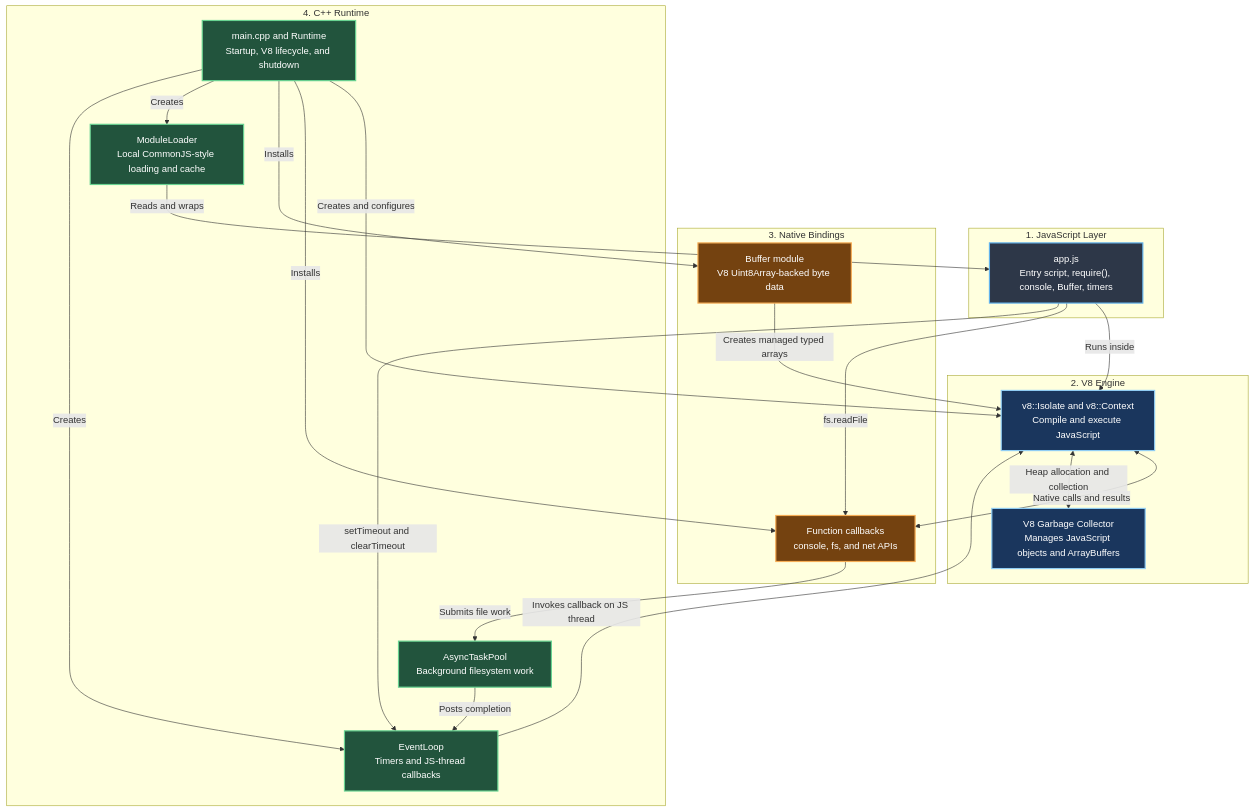
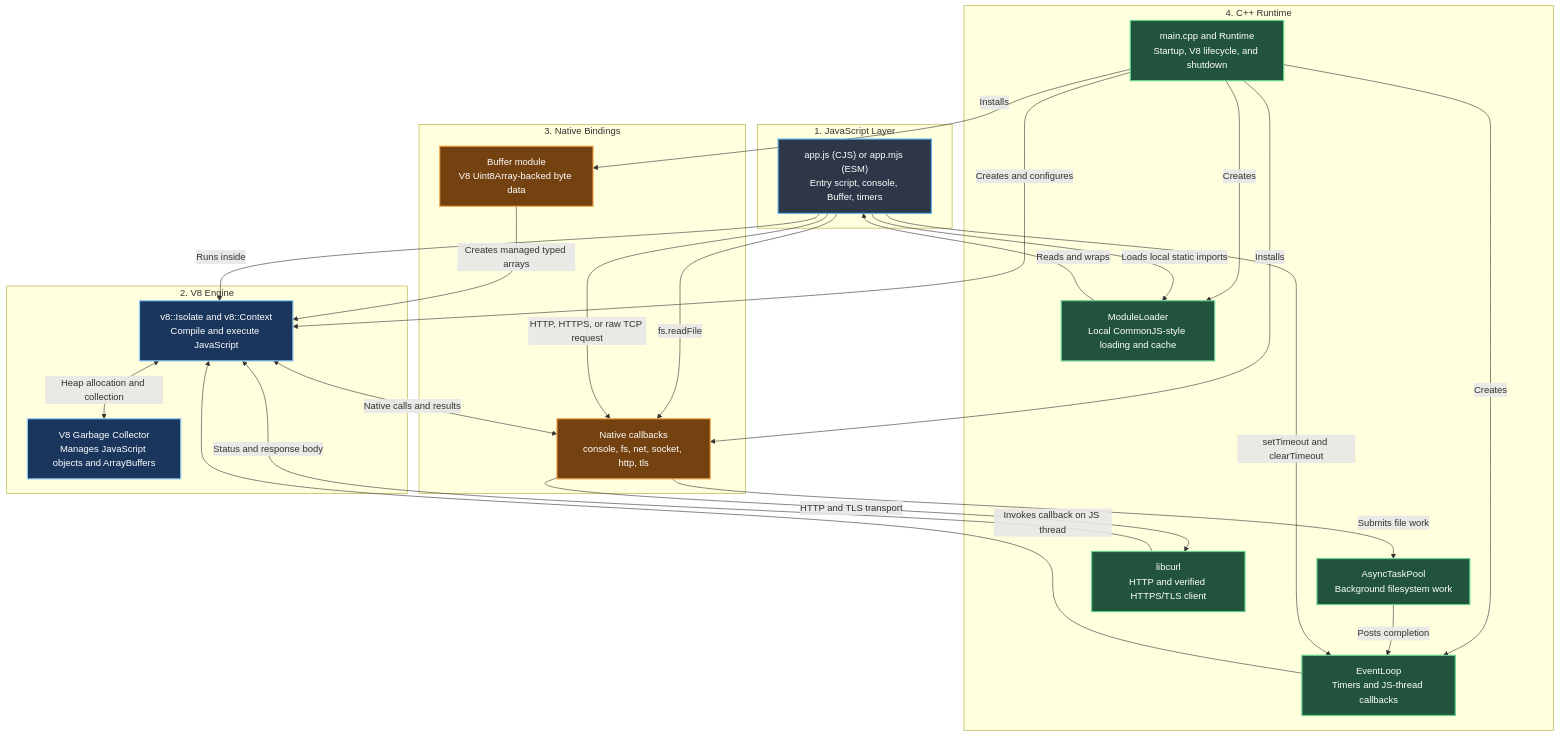
Before and after one commit to sardorazimov/javascript-runtime_hobby: the diagram in README.MD, drawn with Mermaid. The commit also changed other lines of this file and 23 other files, not shown here.

````diff
--- a/README.MD
+++ b/README.MD
@@ -35,44 +35,49 @@
 ```mermaid
 flowchart TD
 classDef jsLayer fill:#2d3748,stroke:#63b3ed,stroke-width:2px,color:#fff;
 classDef v8Layer fill:#1a365d,stroke:#90cdf4,stroke-width:2px,color:#fff;
 classDef bridgeLayer fill:#744210,stroke:#f6ad55,stroke-width:2px,color:#fff;
 classDef cppLayer fill:#22543d,stroke:#68d391,stroke-width:2px,color:#fff;
 
 subgraph JS["1. JavaScript Layer"]
-A["app.js<br/>Entry script, require(), console, Buffer, timers"]:::jsLayer
+A["app.js (CJS) or app.mjs (ESM)<br/>Entry script, console, Buffer, timers"]:::jsLayer
 end
 
 subgraph V8["2. V8 Engine"]
 B["v8::Isolate and v8::Context<br/>Compile and execute JavaScript"]:::v8Layer
 C["V8 Garbage Collector<br/>Manages JavaScript objects and ArrayBuffers"]:::v8Layer
 end
 
 subgraph Bridge["3. Native Bindings"]
-D["Function callbacks<br/>console, fs, and net APIs"]:::bridgeLayer
+D["Native callbacks<br/>console, fs, net, socket, http, tls"]:::bridgeLayer
 E["Buffer module<br/>V8 Uint8Array-backed byte data"]:::bridgeLayer
 end
 
 subgraph Native["4. C++ Runtime"]
 F["main.cpp and Runtime<br/>Startup, V8 lifecycle, and shutdown"]:::cppLayer
 G["ModuleLoader<br/>Local CommonJS-style loading and cache"]:::cppLayer
 H["EventLoop<br/>Timers and JS-thread callbacks"]:::cppLayer
 I["AsyncTaskPool<br/>Background filesystem work"]:::cppLayer
+J["libcurl<br/>HTTP and verified HTTPS/TLS client"]:::cppLayer
 end
 
 F -->|Creates and configures| B
 F -->|Installs| D
 F -->|Installs| E
 F -->|Creates| G
 F -->|Creates| H
 G -->|Reads and wraps| A
+A -->|Loads local static imports| G
 A -->|Runs inside| B
 B <-->|Native calls and results| D
 E -->|Creates managed typed arrays| B
 B <-->|Heap allocation and collection| C
 A -->|fs.readFile| D
 D -->|Submits file work| I
 I -->|Posts completion| H
 H -->|Invokes callback on JS thread| B
 A -->|setTimeout and clearTimeout| H
+A -->|HTTP, HTTPS, or raw TCP request| D
+D -->|HTTP and TLS transport| J
+J -->|Status and response body| B
 ```
````
